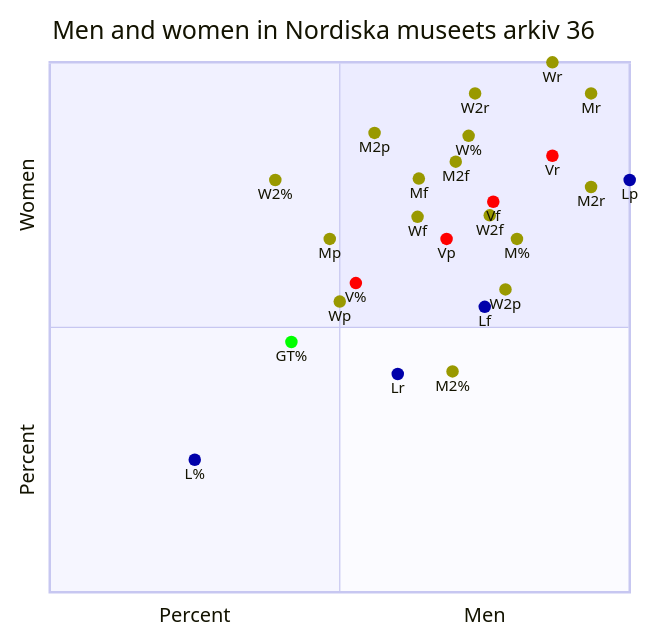
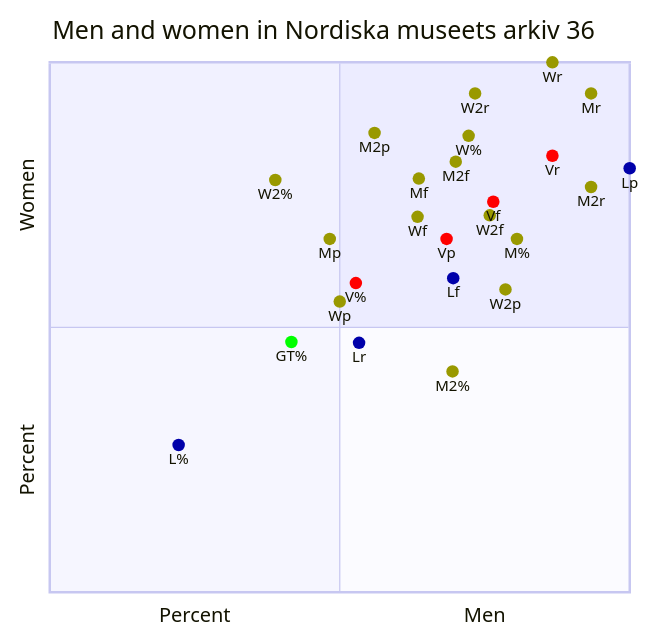
Before and after one commit to Modern36/tropes_1500: diagram 11 of 11 in browser/scatter.md, drawn with Mermaid. The commit also changed other lines of this file and 36 other files, not shown here.

````diff
--- a/browser/scatter.md
+++ b/browser/scatter.md
@@ -375,32 +375,32 @@
 ```mermaid
 quadrantChart
     title Men and women in Nordiska museets arkiv 36
     x-axis Percent --> Men
     y-axis Percent --> Women
     M%: [0.8055555555555556, 0.6666666666666666] color: #999900
     M2%: [0.6944444444444444, 0.4166666666666667] color: #999900
     W%: [0.7222222222222222, 0.8611111111111112] color: #999900
     W2%: [0.3888888888888889, 0.7777777777777778] color: #999900
     GT%: [0.4166666666666667, 0.4722222222222222] color: #00FF00
     V%: [0.5277777777777778, 0.5833333333333334] color: #FF0000
-    L%: [0.25, 0.25] color: #0000AA
-    Lf: [0.75, 0.5384615384615384]  color: #0000AA
-    Lp: [0.9999, 0.7777777777777778]  color: #0000AA
-    Lr: [0.6, 0.4117647058823529]  color: #0000AA
+    L%: [0.2222222222222222, 0.2777777777777778] color: #0000AA
+    Lf: [0.6956521739130435, 0.5925925925925926]  color: #0000AA
+    Lp: [0.9999, 0.8]  color: #0000AA
+    Lr: [0.5333333333333333, 0.47058823529411764]  color: #0000AA
     Vf: [0.7647058823529411, 0.7368421052631579]  color: #FF0000
     Vp: [0.6842105263157895, 0.6666666666666666]  color: #FF0000
     Vr: [0.8666666666666667, 0.8235294117647058]  color: #FF0000
     W2f: [0.7586206896551724, 0.7111111111111111]  color: #999900
     W2p: [0.7857142857142857, 0.5714285714285714]  color: #999900
     W2r: [0.7333333333333333, 0.9411764705882353]  color: #999900
     Wf: [0.6341463414634146, 0.7083333333333334]  color: #999900
     Wp: [0.5, 0.5483870967741935]  color: #999900
     Wr: [0.8666666666666667, 0.9999]  color: #999900
     M2f: [0.7, 0.8125]  color: #999900
     M2p: [0.56, 0.8666666666666667]  color: #999900
     M2r: [0.9333333333333333, 0.7647058823529411]  color: #999900
     Mf: [0.6363636363636364, 0.7804878048780488]  color: #999900
     Mp: [0.4827586206896552, 0.6666666666666666]  color: #999900
     Mr: [0.9333333333333333, 0.9411764705882353]  color: #999900
 
 ```
````
